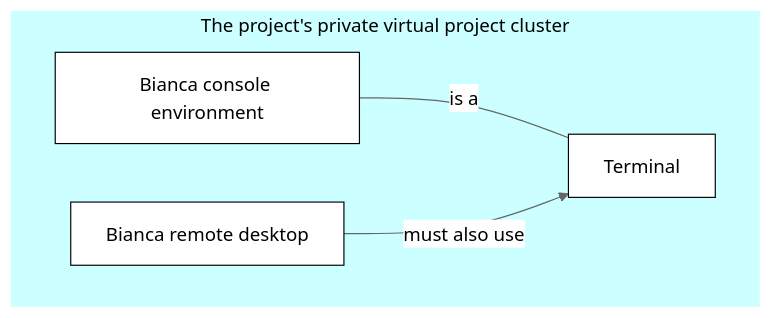
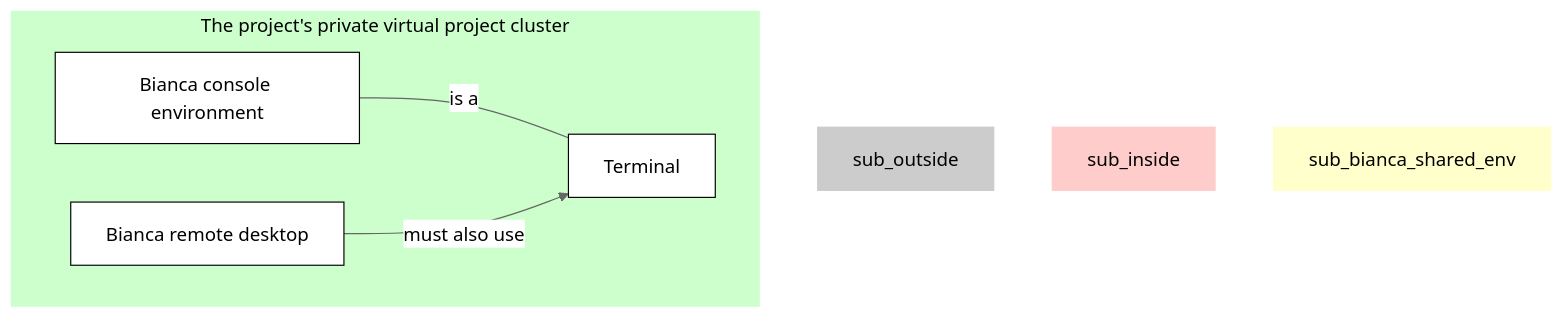
Before and after one commit to UPPMAX/UPPMAX-documentation: the first of 4 diagrams in docs/getting_started/login_bianca.md, drawn with Mermaid (neutral theme). The commit also changed other lines of this file, not shown here.

````diff
--- a/docs/getting_started/login_bianca.md
+++ b/docs/getting_started/login_bianca.md
@@ -212,17 +212,21 @@
 ```mermaid
 flowchart TD
 
     %% Give a white background, instead of a transparent one
     classDef node fill:#fff,color:#000,stroke:#000
 
-      subgraph sub_bianca_private_env[The project's private virtual project cluster]
-        bianca_private_console[Bianca console environment]
-        bianca_private_remote_desktop[Bianca remote desktop] 
-        bianca_private_terminal[Terminal] 
-      end
-      style sub_bianca_private_env fill:#cff,color:#000,stroke:#cff
+    subgraph sub_bianca_private_env[The project's private virtual project cluster]
+      bianca_private_console[Bianca console environment]
+      bianca_private_remote_desktop[Bianca remote desktop] 
+      bianca_private_terminal[Terminal] 
+    end
+
+    style sub_outside fill:#ccc,color:#000,stroke:#ccc
+    style sub_inside fill:#fcc,color:#000,stroke:#fcc
+    style sub_bianca_shared_env fill:#ffc,color:#000,stroke:#ffc
+    style sub_bianca_private_env fill:#cfc,color:#000,stroke:#cfc
 
     %% Private Bianca
     bianca_private_console---|is a|bianca_private_terminal
     bianca_private_remote_desktop-->|must also use|bianca_private_terminal
 ```
````
